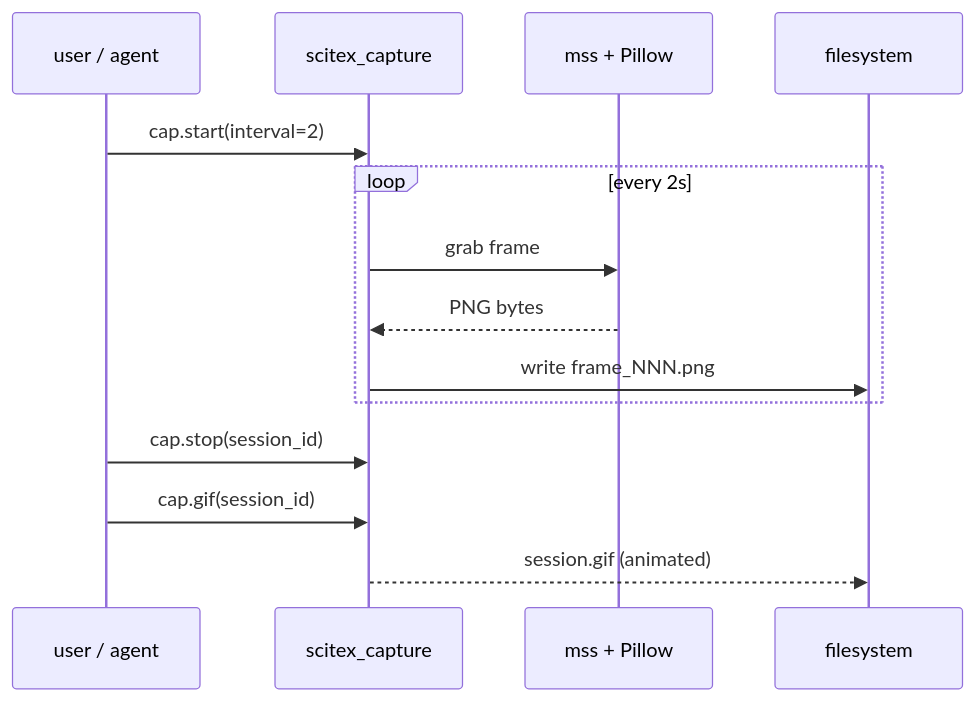
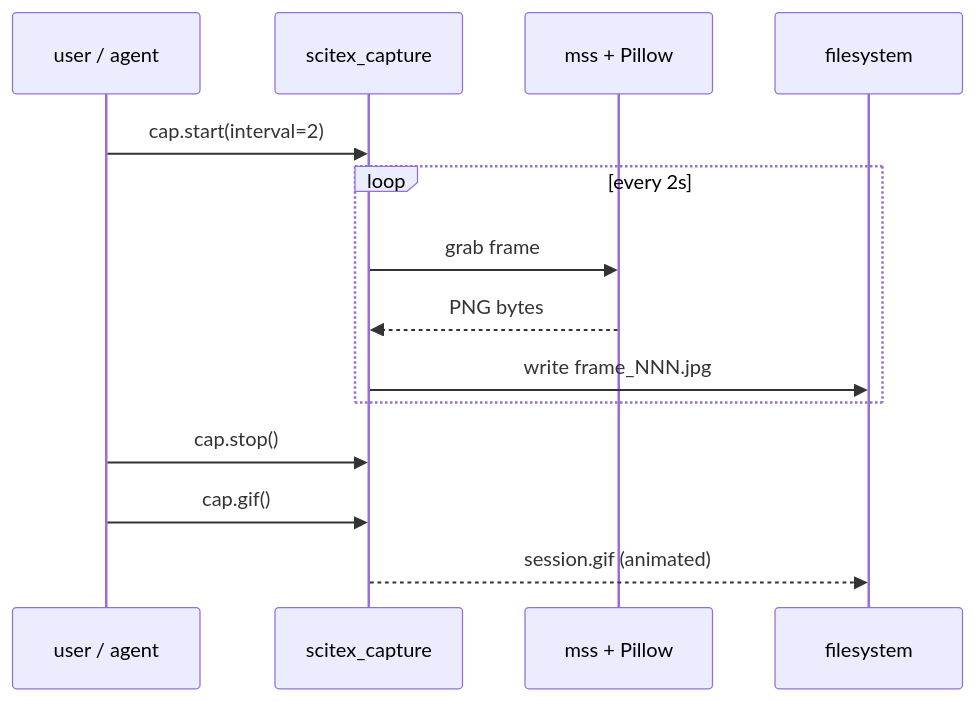
One commit to ywatanabe1989/scitex-capture changed the diagram in README.md. Above: the diagram before and after it, drawn with Mermaid. The commit also changed other lines of this file and 6 other files, not shown here.

````diff
--- a/README.md
+++ b/README.md
@@ -100,16 +116,16 @@
 ```mermaid
 sequenceDiagram
     participant U as user / agent
     participant C as scitex_capture
     participant M as mss + Pillow
     participant F as filesystem
     U->>C: cap.start(interval=2)
     loop every 2s
         C->>M: grab frame
         M-->>C: PNG bytes
-        C->>F: write frame_NNN.png
+        C->>F: write frame_NNN.jpg
     end
-    U->>C: cap.stop(session_id)
-    U->>C: cap.gif(session_id)
+    U->>C: cap.stop()
+    U->>C: cap.gif()
     C-->>F: session.gif (animated)
 ```
````
